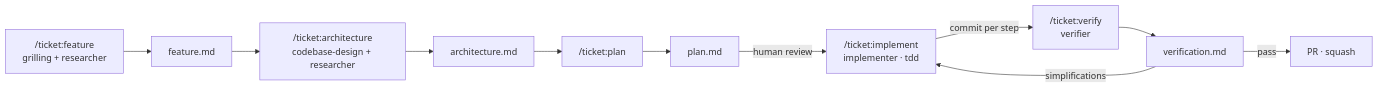
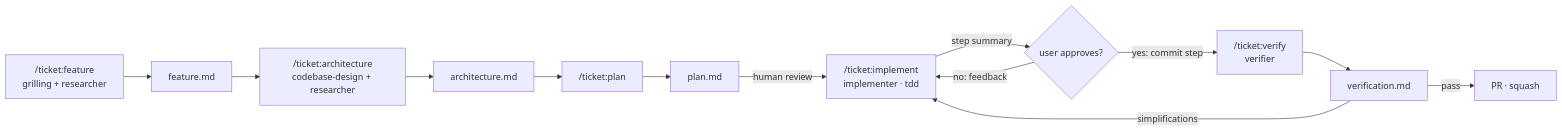
Before and after one commit to khotei/app-template: the third of 3 diagrams in docs/tickets/2026-10-15_monorepo-setup/architecture.md, drawn with Mermaid. The commit also changed other lines of this file and 2 other files, not shown here.

Commit message:
:memo: docs(monorepo-setup): Add step approval gate
Require explicit user approval before any step is committed, both for
this ticket and in the SDD flow the template ships.

Decision: Put the gate in /ticket:implement, not in the implementer
agent. A subagent cannot ask the user, so it returns a step summary
and the main-session command commits only on an explicit OK (D21).

Refs: docs/tickets/2026-10-15_monorepo-setup/

````diff
--- a/docs/tickets/2026-10-15_monorepo-setup/architecture.md
+++ b/docs/tickets/2026-10-15_monorepo-setup/architecture.md
@@ -57,11 +57,13 @@
 ```mermaid
 graph LR
   F["/ticket:feature<br/>grilling + researcher"] --> FM[feature.md]
   FM --> A["/ticket:architecture<br/>codebase-design + researcher"] --> AM[architecture.md]
   AM --> P["/ticket:plan"] --> PM[plan.md]
   PM -->|human review| I["/ticket:implement<br/>implementer · tdd"]
-  I -->|commit per step| V["/ticket:verify<br/>verifier"]
+  I -->|step summary| G{"user approves?"}
+  G -->|no: feedback| I
+  G -->|yes: commit step| V["/ticket:verify<br/>verifier"]
   V --> VM[verification.md]
   VM -->|simplifications| I
   VM -->|pass| PR[PR · squash]
 ```
````
